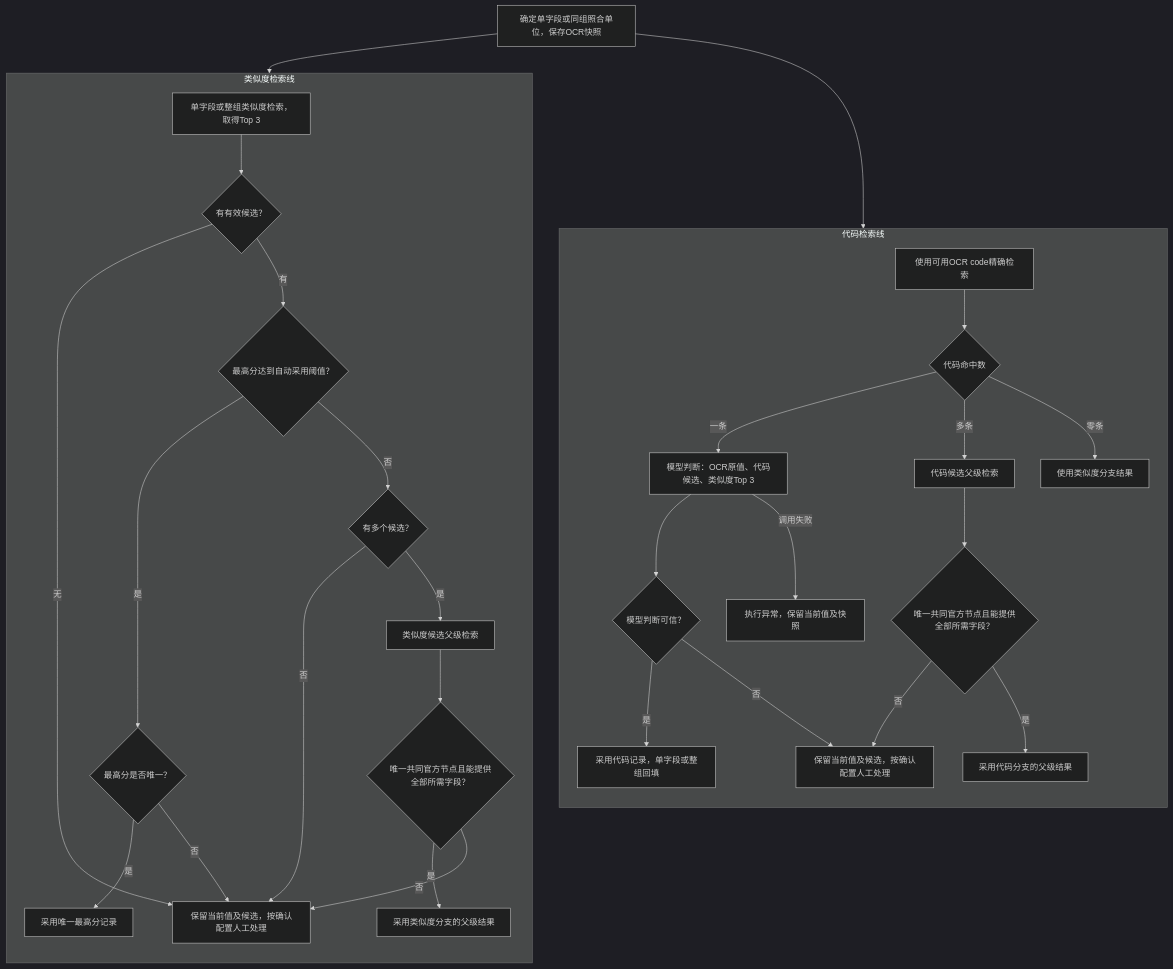
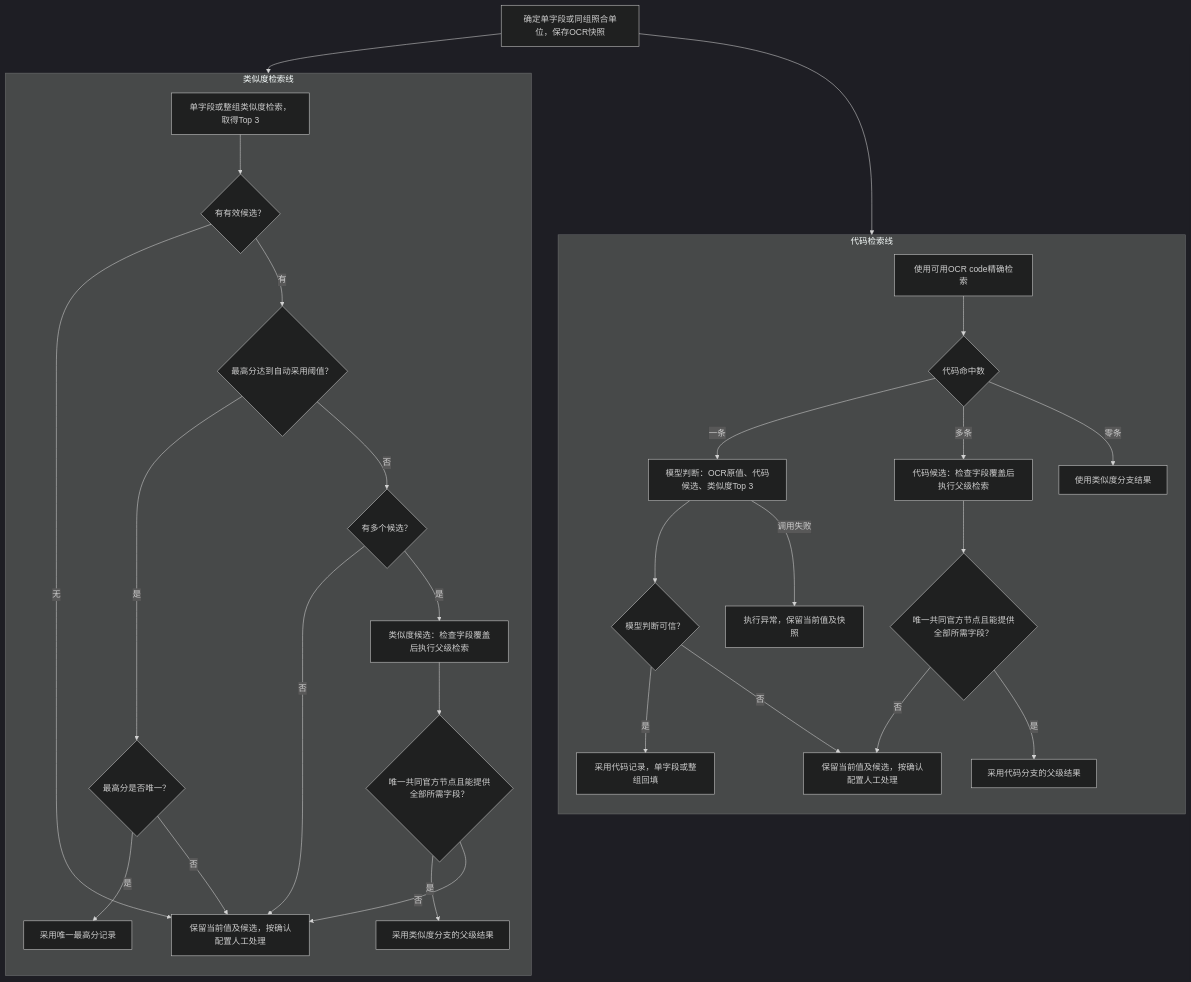
The fourth of 6 diagrams in PRD.zh-CN.md (aruirage/IDP-Ph3-Demo-PRD), drawn with Mermaid (dark theme) before and after one commit. The commit also changed other lines of this file and 4 other files, not shown here.

````diff
--- a/PRD.zh-CN.md
+++ b/PRD.zh-CN.md
@@ -547,34 +547,34 @@
 ```mermaid
 flowchart TB
     A["确定单字段或同组照合单位，保存OCR快照"] --> C0
     A --> S0
     subgraph CODE["代码检索线"]
       direction TB
       C0["使用可用OCR code精确检索"] --> C1{"代码命中数"}
       C1 -->|一条| CM["模型判断：OCR原值、代码候选、类似度Top 3"]
       CM --> CT{"模型判断可信？"}
       CT -->|是| CA["采用代码记录，单字段或整组回填"]
       CT -->|否| CR["保留当前值及候选，按确认配置人工处理"]
       CM -->|调用失败| CE["执行异常，保留当前值及快照"]
-      C1 -->|多条| CP["代码候选父级检索"]
+      C1 -->|多条| CP["代码候选：检查字段覆盖后执行父级检索"]
       CP --> CF{"唯一共同官方节点且能提供全部所需字段？"}
       CF -->|是| CPA["采用代码分支的父级结果"]
       CF -->|否| CR
       C1 -->|零条| CZ["使用类似度分支结果"]
     end
     subgraph SIM["类似度检索线"]
       direction TB
       S0["单字段或整组类似度检索，取得Top 3"] --> S1{"有有效候选？"}
       S1 -->|无| SR["保留当前值及候选，按确认配置人工处理"]
       S1 -->|有| ST{"最高分达到自动采用阈值？"}
       ST -->|是| SU{"最高分是否唯一？"}
       SU -->|是| SA["采用唯一最高分记录"]
       SU -->|否| SR
       ST -->|否| SN{"有多个候选？"}
       SN -->|否| SR
-      SN -->|是| SP["类似度候选父级检索"]
+      SN -->|是| SP["类似度候选：检查字段覆盖后执行父级检索"]
       SP --> SF{"唯一共同官方节点且能提供全部所需字段？"}
       SF -->|是| SPA["采用类似度分支的父级结果"]
       SF -->|否| SR
     end
 ```
````
